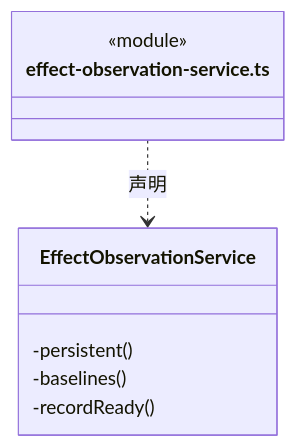
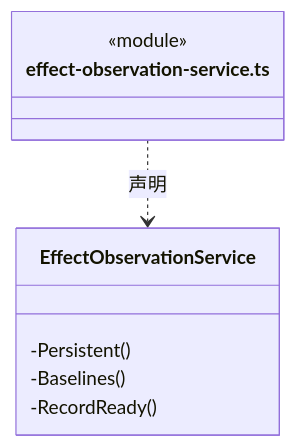
The eighth of 23 diagrams in src/logic/evidence/runtime/ARCHITECTURE.md (nan023062/cbim), drawn with Mermaid before and after one commit. The commit also changed other lines of this file and 1035 other files, not shown here.

````diff
--- a/src/logic/evidence/runtime/ARCHITECTURE.md
+++ b/src/logic/evidence/runtime/ARCHITECTURE.md
@@ -216,12 +216,12 @@
 ```mermaid
 classDiagram
 class N_src_logic_evidence_runtime_effect_observation_service_ts["effect-observation-service.ts"] {
   <<module>>
 }
 class N_src_logic_evidence_runtime_effect_observation_service_ts_EffectObservationService["EffectObservationService"] {
-  -persistent()
-  -baselines()
-  -recordReady()
+  -Persistent()
+  -Baselines()
+  -RecordReady()
 }
 N_src_logic_evidence_runtime_effect_observation_service_ts ..> N_src_logic_evidence_runtime_effect_observation_service_ts_EffectObservationService : 声明
 ```
````
